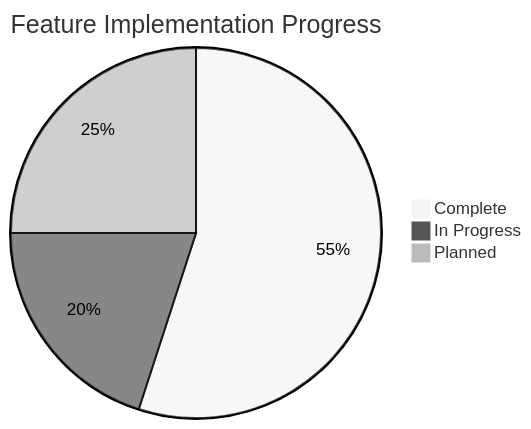
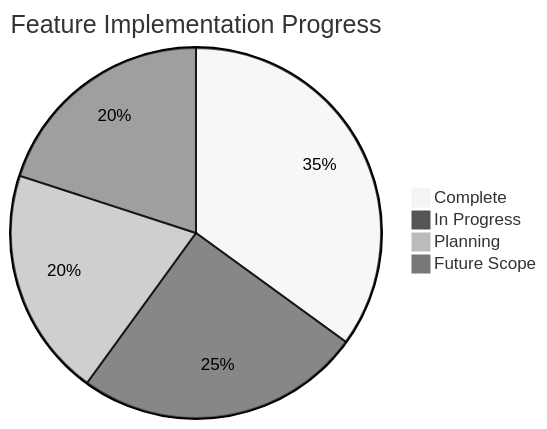
Before and after one commit to ssdeanx/DeanmachinesAI: the fourth of 5 diagrams in README.md, drawn with Mermaid (neutral theme). The commit also changed other lines of this file and 6 other files, not shown here.

````diff
--- a/README.md
+++ b/README.md
@@ -171,7 +237,8 @@
 ```mermaid
 pie
     title Feature Implementation Progress
-    "Complete" : 55
-    "In Progress" : 20
-    "Planned" : 25
+    "Complete" : 35
+    "In Progress" : 25
+    "Planning" : 20
+    "Future Scope" : 20
 ```
````
